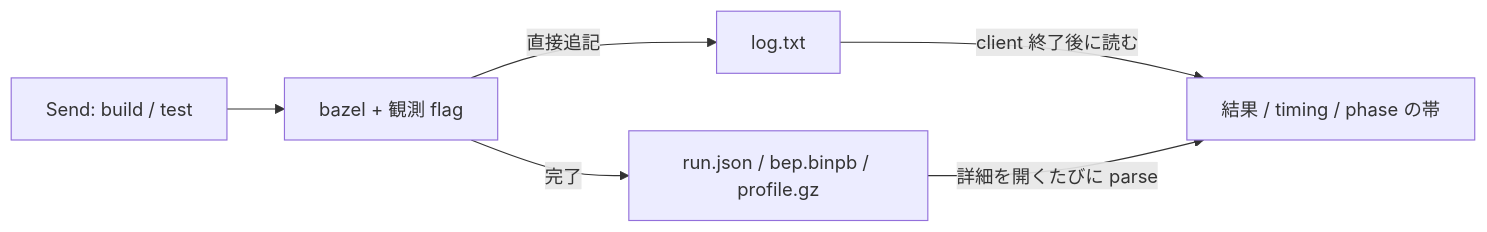
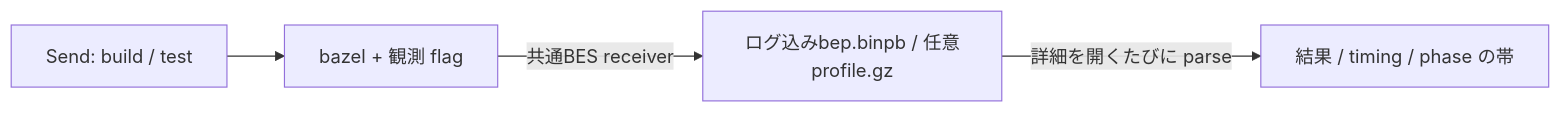
One commit to OhataKenji/zeal changed the diagram in docs/design/m2-run-detail.md. Above: the diagram before and after it, drawn with Mermaid. The commit also changed other lines of this file and 25 other files, not shown here.

````diff
--- a/docs/design/m2-run-detail.md
+++ b/docs/design/m2-run-detail.md
@@ -48,8 +49,6 @@
 ```mermaid
 flowchart LR
     SEND["Send: build / test"] --> SPAWN["bazel + 観測 flag"]
-    SPAWN -->|"直接追記"| LOG["log.txt"]
-    LOG -->|"client 終了後に読む"| VIEW
-    SPAWN -->|"完了"| FILES["run.json / bep.binpb / profile.gz"]
+    SPAWN -->|"共通BES receiver"| FILES["ログ込みbep.binpb / 任意profile.gz"]
     FILES -->|"詳細を開くたびに parse"| VIEW["結果 / timing / phase の帯"]
 ```
````
